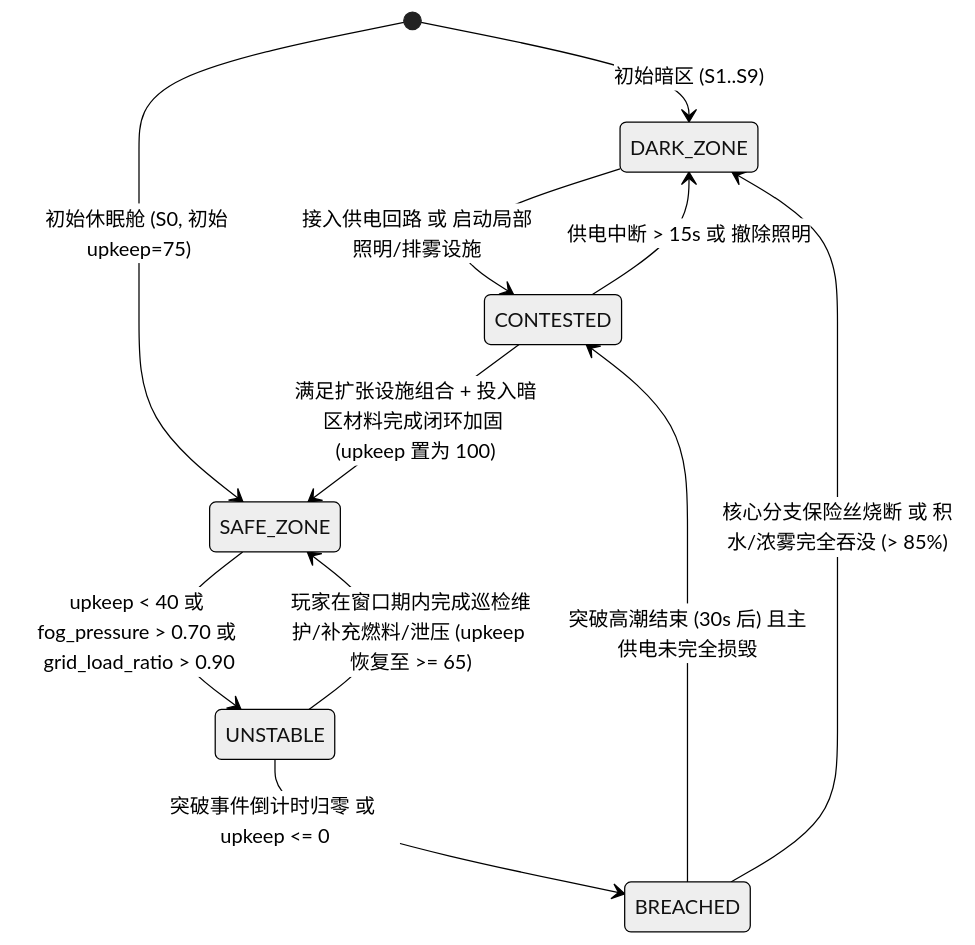
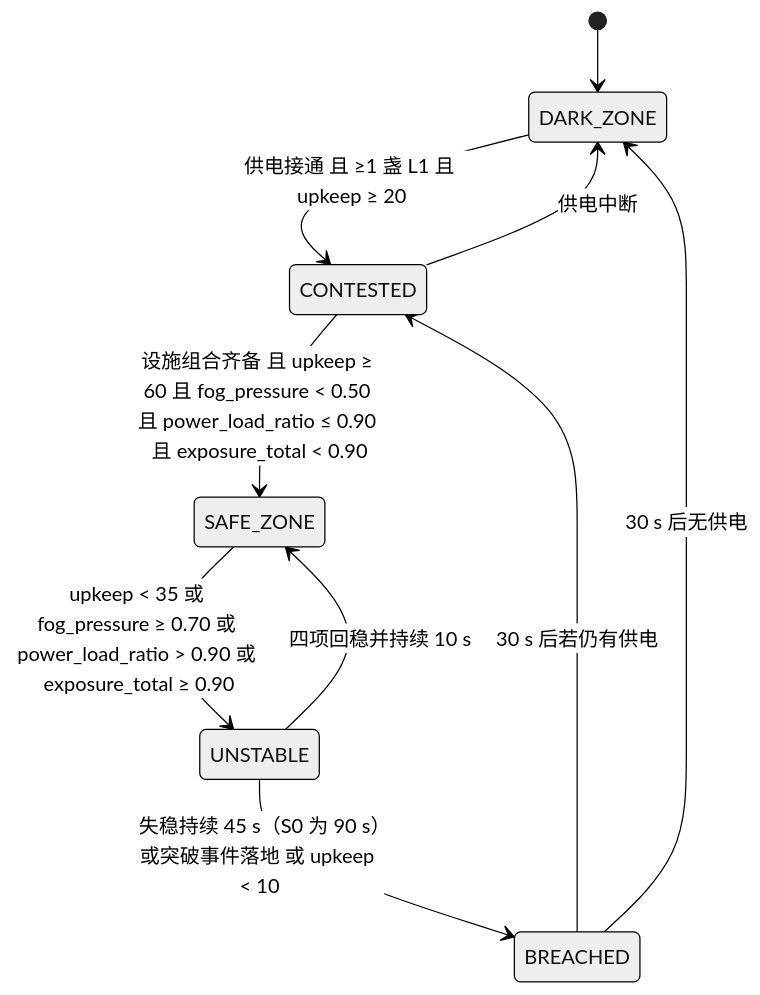
One commit to cehnhaiyang/better-dsh changed the first of 2 diagrams in task.md. Above: the diagram before and after it, drawn with Mermaid (neutral theme). The commit also changed other lines of this file and 12 other files, not shown here.

````diff
--- a/task.md
+++ b/task.md
@@ -46,13 +64,12 @@
 ```mermaid
 stateDiagram-v2
-    [*] --> DARK_ZONE: 初始暗区 (S1..S9)
-    [*] --> SAFE_ZONE: 初始休眠舱 (S0, 初始 upkeep=75)
-    DARK_ZONE --> CONTESTED: 接入供电回路 或 启动局部照明/排雾设施
-    CONTESTED --> SAFE_ZONE: 满足扩张设施组合 + 投入暗区材料完成闭环加固 (upkeep 置为 100)
-    CONTESTED --> DARK_ZONE: 供电中断 > 15s 或 撤除照明
-    SAFE_ZONE --> UNSTABLE: upkeep < 40 或 fog_pressure > 0.70 或 grid_load_ratio > 0.90
-    UNSTABLE --> SAFE_ZONE: 玩家在窗口期内完成巡检维护/补充燃料/泄压 (upkeep 恢复至 >= 65)
-    UNSTABLE --> BREACHED: 突破事件倒计时归零 或 upkeep <= 0
-    BREACHED --> CONTESTED: 突破高潮结束 (30s 后) 且主供电未完全损毁
-    BREACHED --> DARK_ZONE: 核心分支保险丝烧断 或 积水/浓雾完全吞没 (> 85%)
+    [*] --> DARK_ZONE
+    DARK_ZONE --> CONTESTED : 供电接通 且 ≥1 盏 L1 且 upkeep ≥ 20
+    CONTESTED --> SAFE_ZONE : 设施组合齐备 且 upkeep ≥ 60 且 fog_pressure < 0.50 且 power_load_ratio ≤ 0.90 且 exposure_total < 0.90
+    CONTESTED --> DARK_ZONE : 供电中断
+    SAFE_ZONE --> UNSTABLE : upkeep < 35 或 fog_pressure ≥ 0.70 或 power_load_ratio > 0.90 或 exposure_total ≥ 0.90
+    UNSTABLE --> SAFE_ZONE : 四项回稳并持续 10 s
+    UNSTABLE --> BREACHED : 失稳持续 45 s（S0 为 90 s）或突破事件落地 或 upkeep < 10
+    BREACHED --> CONTESTED : 30 s 后若仍有供电
+    BREACHED --> DARK_ZONE : 30 s 后无供电
 ```
````
